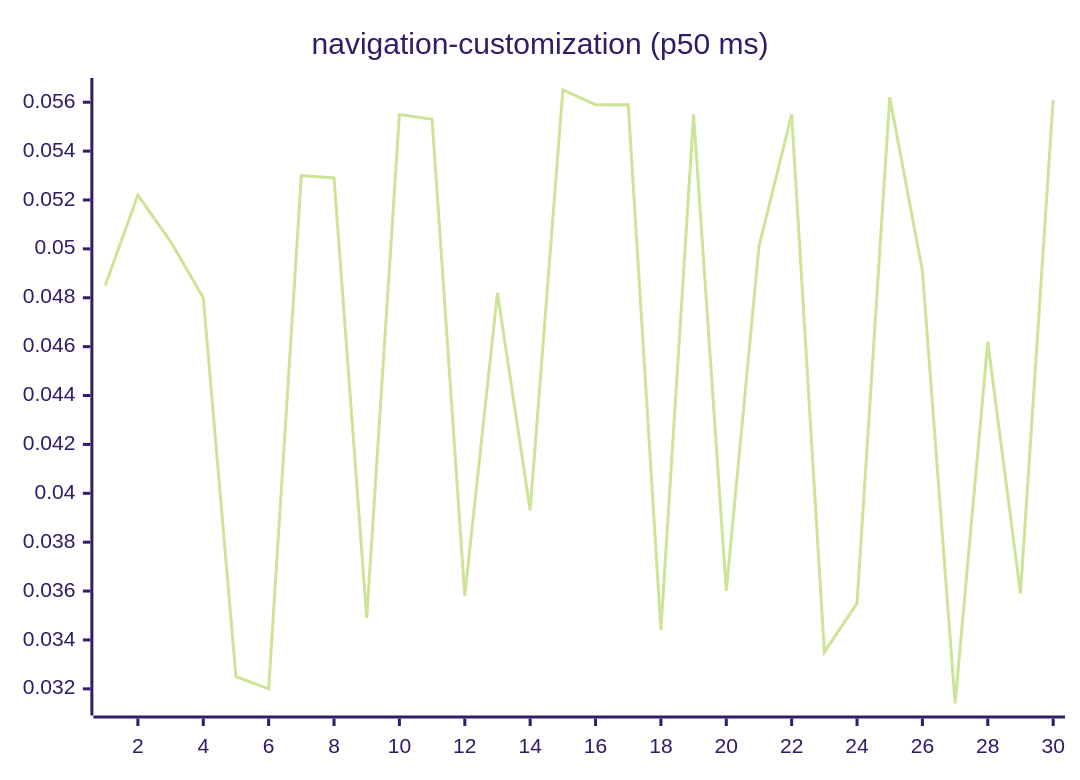
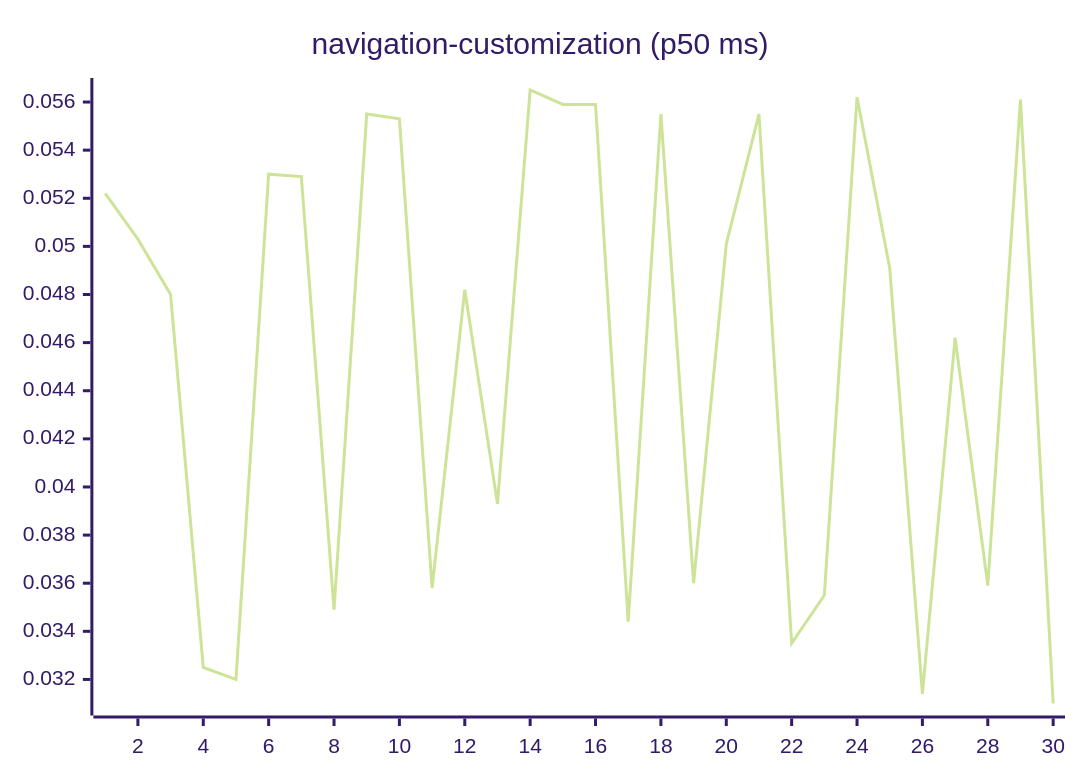
Diagram 15 of 27 in README.md (josha/Facet), drawn with Mermaid (forest theme) before and after one commit. The commit also changed other lines of this file and 2 other files, not shown here.

````diff
--- a/README.md
+++ b/README.md
@@ -161,6 +161,6 @@
 ```mermaid
 xychart-beta
     title "navigation-customization (p50 ms)"
     x-axis 1 --> 30
-    line [0.0485, 0.0522, 0.0503, 0.0480, 0.0325, 0.0320, 0.0530, 0.0529, 0.0349, 0.0555, 0.0553, 0.0358, 0.0482, 0.0393, 0.0565, 0.0559, 0.0559, 0.0344, 0.0555, 0.0360, 0.0501, 0.0555, 0.0335, 0.0355, 0.0562, 0.0491, 0.0314, 0.0462, 0.0359, 0.0561]
+    line [0.0522, 0.0503, 0.0480, 0.0325, 0.0320, 0.0530, 0.0529, 0.0349, 0.0555, 0.0553, 0.0358, 0.0482, 0.0393, 0.0565, 0.0559, 0.0559, 0.0344, 0.0555, 0.0360, 0.0501, 0.0555, 0.0335, 0.0355, 0.0562, 0.0491, 0.0314, 0.0462, 0.0359, 0.0561, 0.0310]
 ```
````
